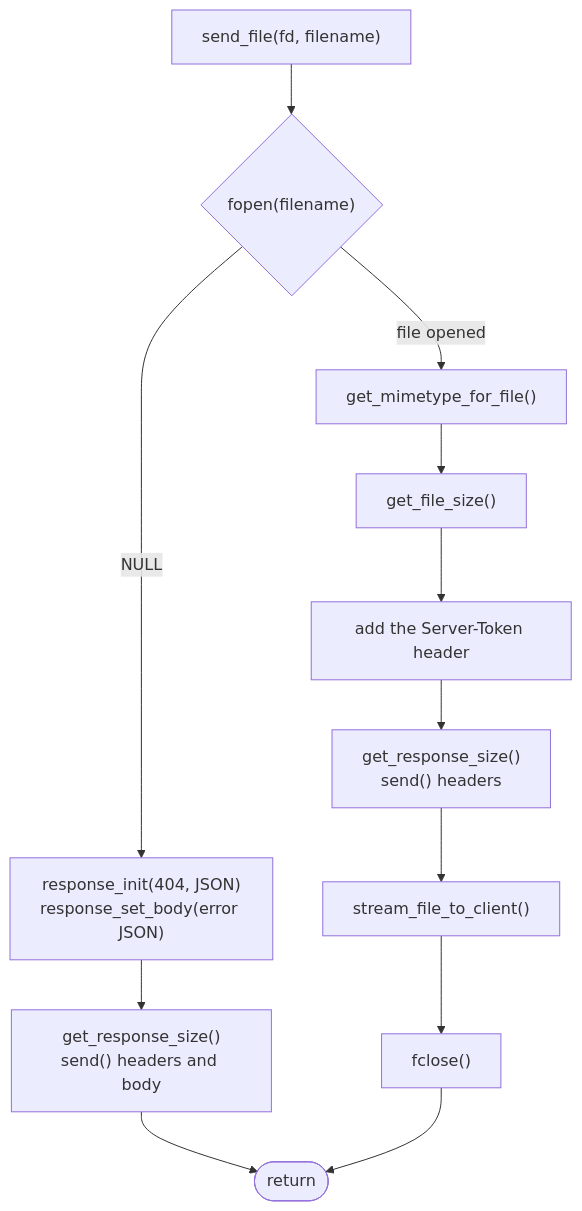
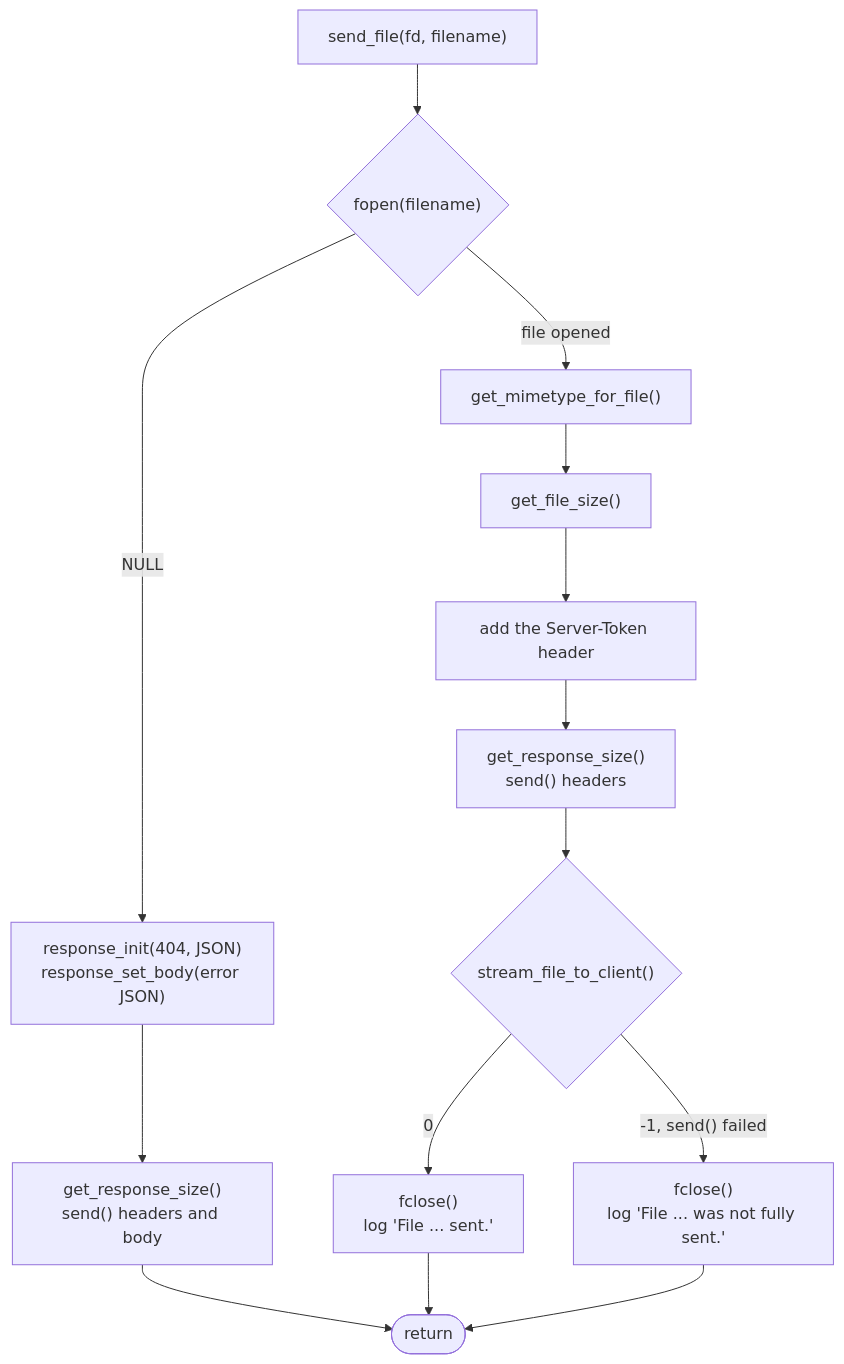
One commit to wet333/nano-server-c changed the fifth of 7 diagrams in Docs.md. Above: the diagram before and after it, drawn with Mermaid. The commit also changed other lines of this file and 22 other files, not shown here.

````diff
--- a/Docs.md
+++ b/Docs.md
@@ -460,14 +515,16 @@
 ```mermaid
 flowchart TD
     A["send_file(fd, filename)"] --> B{"fopen(filename)"}
     B -- "NULL" --> C["response_init(404, JSON)<br/>response_set_body(error JSON)"]
     C --> D["get_response_size()<br/>send() headers and body"]
     D --> Z(["return"])
     B -- "file opened" --> E["get_mimetype_for_file()"]
     E --> F["get_file_size()"]
     F --> G["add the Server-Token header"]
     G --> H["get_response_size()<br/>send() headers"]
-    H --> I["stream_file_to_client()"]
-    I --> J["fclose()"]
+    H --> I{"stream_file_to_client()"}
+    I -- "0" --> J["fclose()<br/>log 'File ... sent.'"]
+    I -- "-1, send() failed" --> K["fclose()<br/>log 'File ... was not fully sent.'"]
     J --> Z
+    K --> Z
 ```
````
